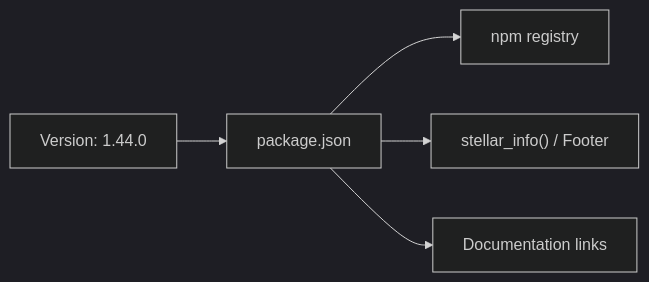
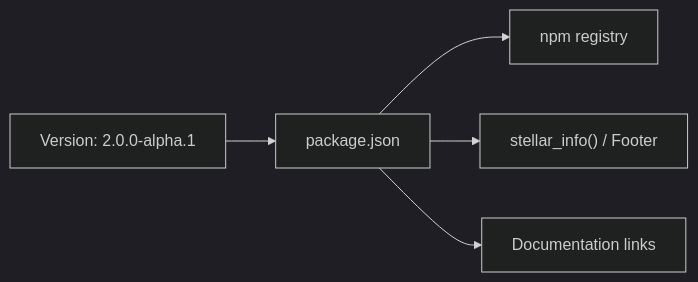
Before and after one commit to xaoxuu/hexo-theme-stellar: the fifth of 5 diagrams in docs/knowledge/00-总览与安装配置/installation.md, drawn with Mermaid (dark theme). The commit also changed other lines of this file and 35 other files, not shown here.

````diff
--- a/docs/knowledge/00-总览与安装配置/installation.md
+++ b/docs/knowledge/00-总览与安装配置/installation.md
@@ -378,10 +378,10 @@
 ```mermaid
 graph LR
-    VER["Version: 1.44.0"]
+    VER["Version: 2.0.0-alpha.1"]
     
     PKG["package.json"]
     VER --> PKG
     PKG --> NPM["npm registry"]
     PKG --> FOOTER["stellar_info() / Footer"]
     PKG --> DOCS["Documentation links"]
 ```
````
